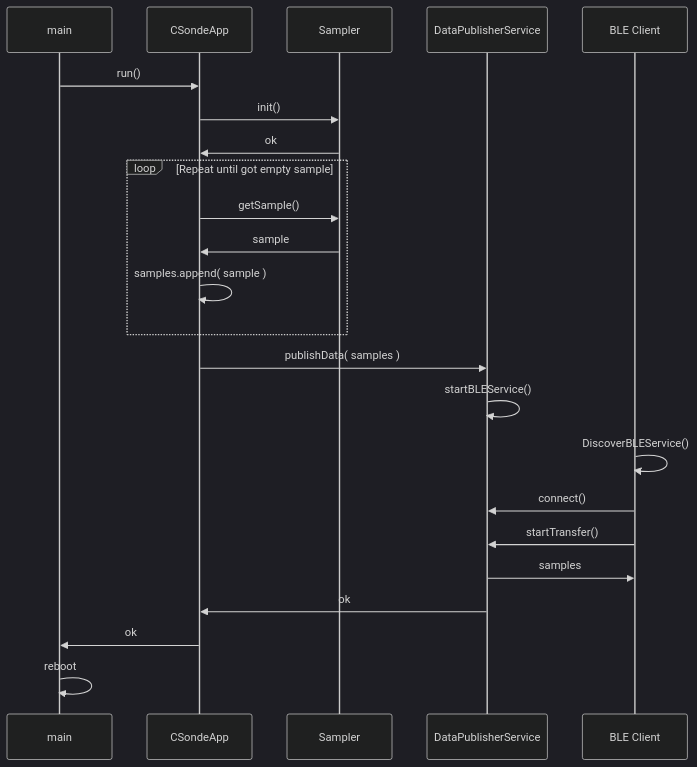
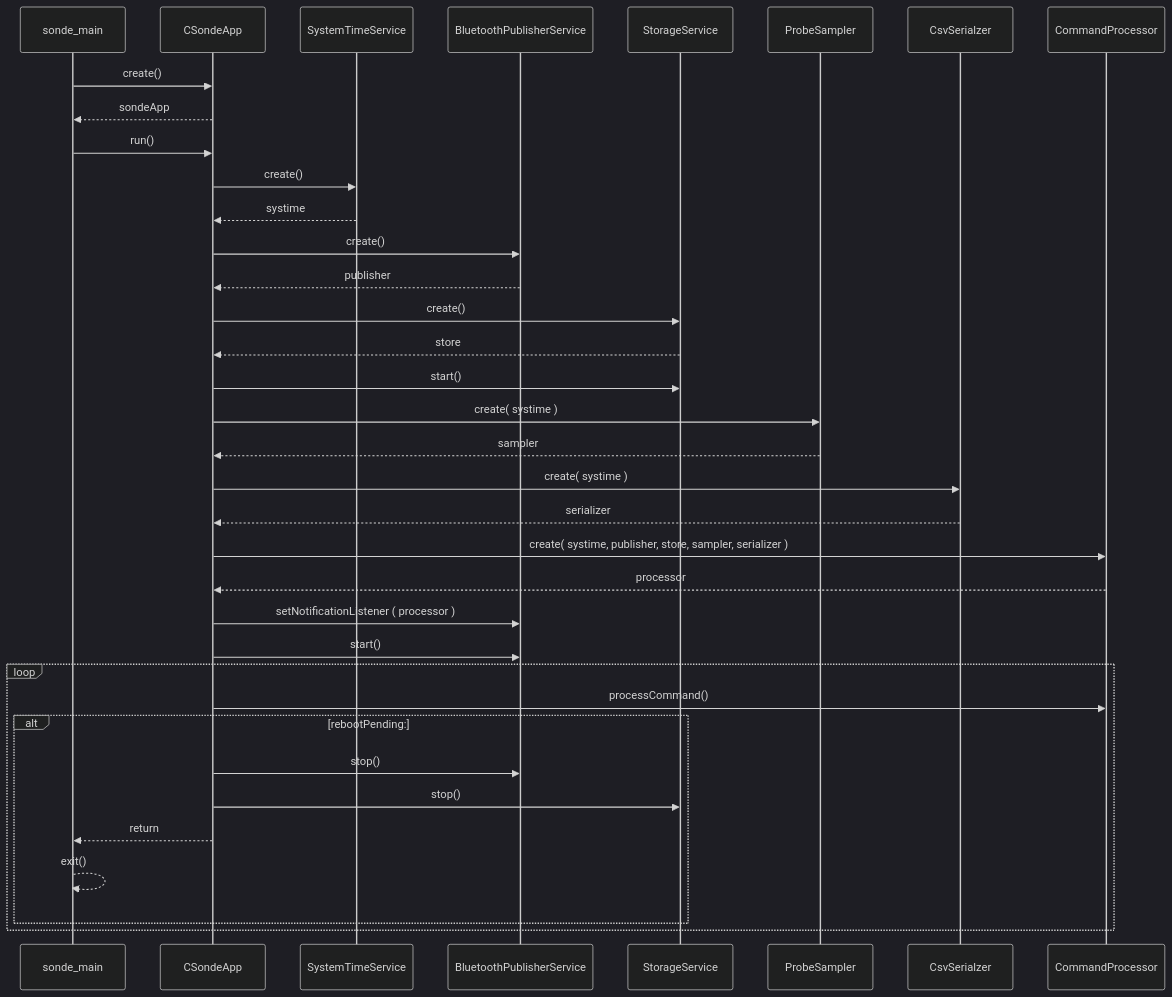
One commit to lamesteed/esp32-sonde changed the first of 4 diagrams in README.md. Above: the diagram before and after it, drawn with Mermaid (dark theme). The commit also changed other lines of this file and 2 other files, not shown here.

````diff
--- a/README.md
+++ b/README.md
@@ -66,25 +79,38 @@
 ```mermaid
 sequenceDiagram
-    participant M as main
+    participant M as sonde_main
     participant A as CSondeApp
-    participant S as Sampler
-    participant P as DataPublisherService
-    participant C as BLE Client
-    M ->> A: run()
-    A ->> S: init()
-    S ->> A: ok
-    loop Repeat until got empty sample
-      A ->> S: getSample()
-      S ->> A: sample
-      A ->> A: samples.append( sample )
+    participant T as SystemTimeService
+    participant B as BluetoothPublisherService
+    participant Store as StorageService
+    participant Sampler as ProbeSampler
+    participant Serial as CsvSerialzer
+    participant C as CommandProcessor
+    M ->>  A: create()
+    A -->> M: sondeApp
+    M ->>  A: run()
+    A ->>  T: create()
+    T -->> A: systime
+    A ->>  B: create()
+    B -->> A: publisher
+    A ->>  Store: create()
+    Store -->> A: store
+    A ->>  Store: start()
+    A ->>  Sampler: create( systime )
+    Sampler -->> A: sampler
+    A ->>  Serial: create( systime )
+    Serial -->> A: serializer
+    A ->>  C: create( systime, publisher, store, sampler, serializer )
+    C -->> A: processor
+    A ->> B: setNotificationListener ( processor )
+    A ->> B: start()
+    loop
+        A ->> C: processCommand()
+        alt rebootPending:
+            A ->> B: stop()
+            A ->> Store: stop()
+            A -->>M: return
+            M -->> M : exit()
+        end
     end
-    A ->> P: publishData( samples )
-    P ->> P: startBLEService()
-    C ->> C: DiscoverBLEService()
-    C ->> P: connect()
-    C ->> P: startTransfer()
-    P ->> C: samples
-    P ->> A: ok
-    A ->> M: ok
-    M ->> M: reboot
 ```
````
